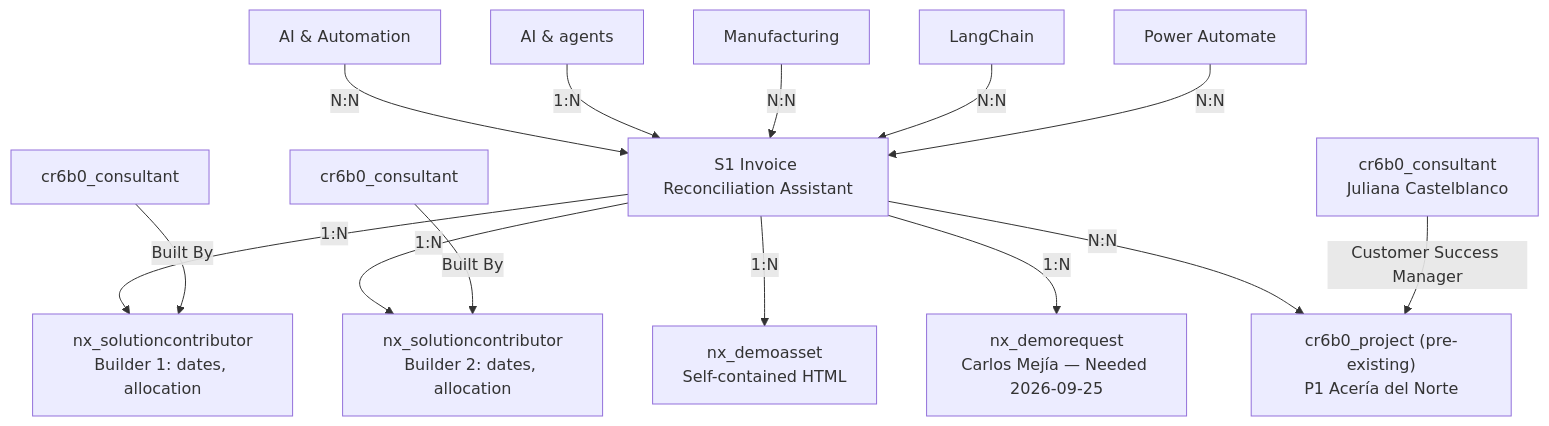
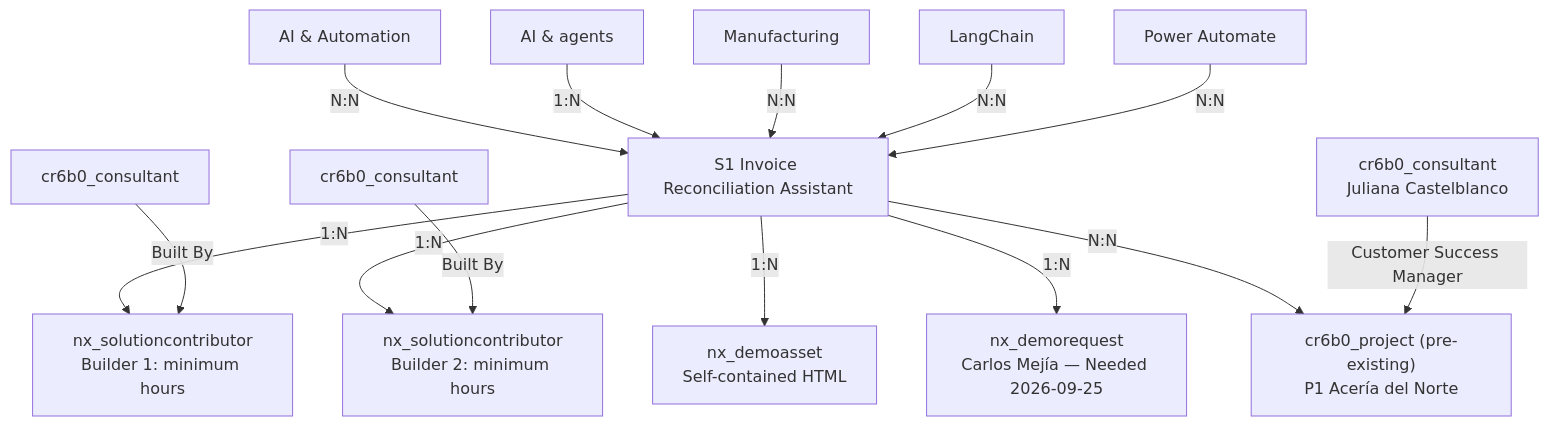
The third of 3 diagrams in docs/data_model/SchemaV2.md (lpreciado-nextant/PRISMA), drawn with Mermaid before and after one commit. The commit also changed other lines of this file and 47 other files, not shown here.

First line of the commit message:
feat(contributors): minimum hours at every maturity; level from the consultant directory

````diff
--- a/docs/data_model/SchemaV2.md
+++ b/docs/data_model/SchemaV2.md
@@ -668,19 +668,19 @@
 ```mermaid
 graph TD
     S1["S1 Invoice Reconciliation Assistant"]
 
     SA1[AI & Automation] -- N:N --> S1
     CAP1[AI & agents] -- 1:N --> S1
     IND1[Manufacturing] -- N:N --> S1
     TECH1[LangChain] -- N:N --> S1
     TECH2[Power Automate] -- N:N --> S1
 
-    S1 -- 1:N --> SC1["nx_solutioncontributor<br/>Builder 1: dates, allocation"]
-    S1 -- 1:N --> SC2["nx_solutioncontributor<br/>Builder 2: dates, allocation"]
+    S1 -- 1:N --> SC1["nx_solutioncontributor<br/>Builder 1: minimum hours"]
+    S1 -- 1:N --> SC2["nx_solutioncontributor<br/>Builder 2: minimum hours"]
     Builder1[cr6b0_consultant] -- "Built By" --> SC1
     Builder2[cr6b0_consultant] -- "Built By" --> SC2
     S1 -- 1:N --> DA1["nx_demoasset<br/>Self-contained HTML"]
     S1 -- 1:N --> DR1["nx_demorequest<br/>Carlos Mejía — Needed 2026-09-25"]
     S1 -- N:N --> P1["cr6b0_project (pre-existing)<br/>P1 Acería del Norte"]
     Owner["cr6b0_consultant<br/>Juliana Castelblanco"] -- "Customer Success Manager" --> P1
 ```
````
